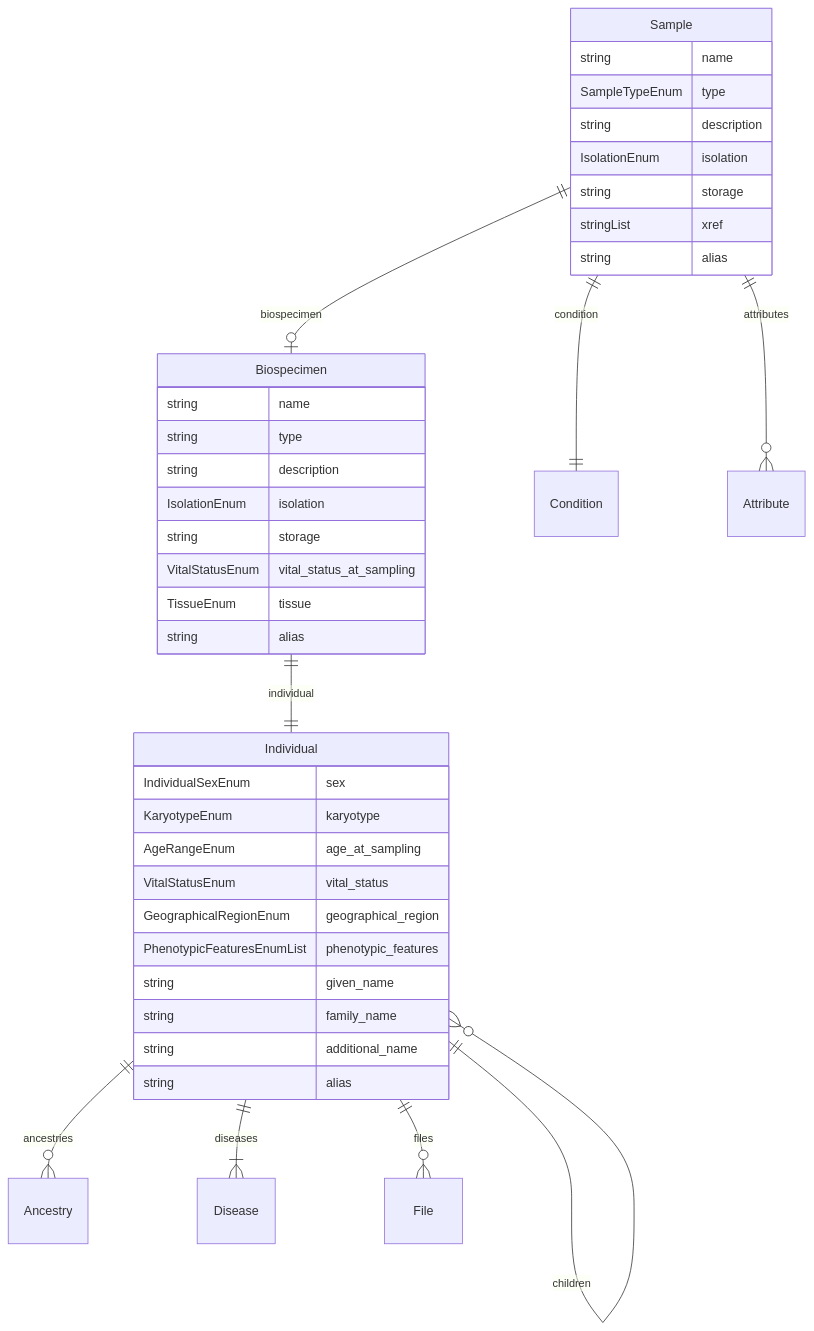
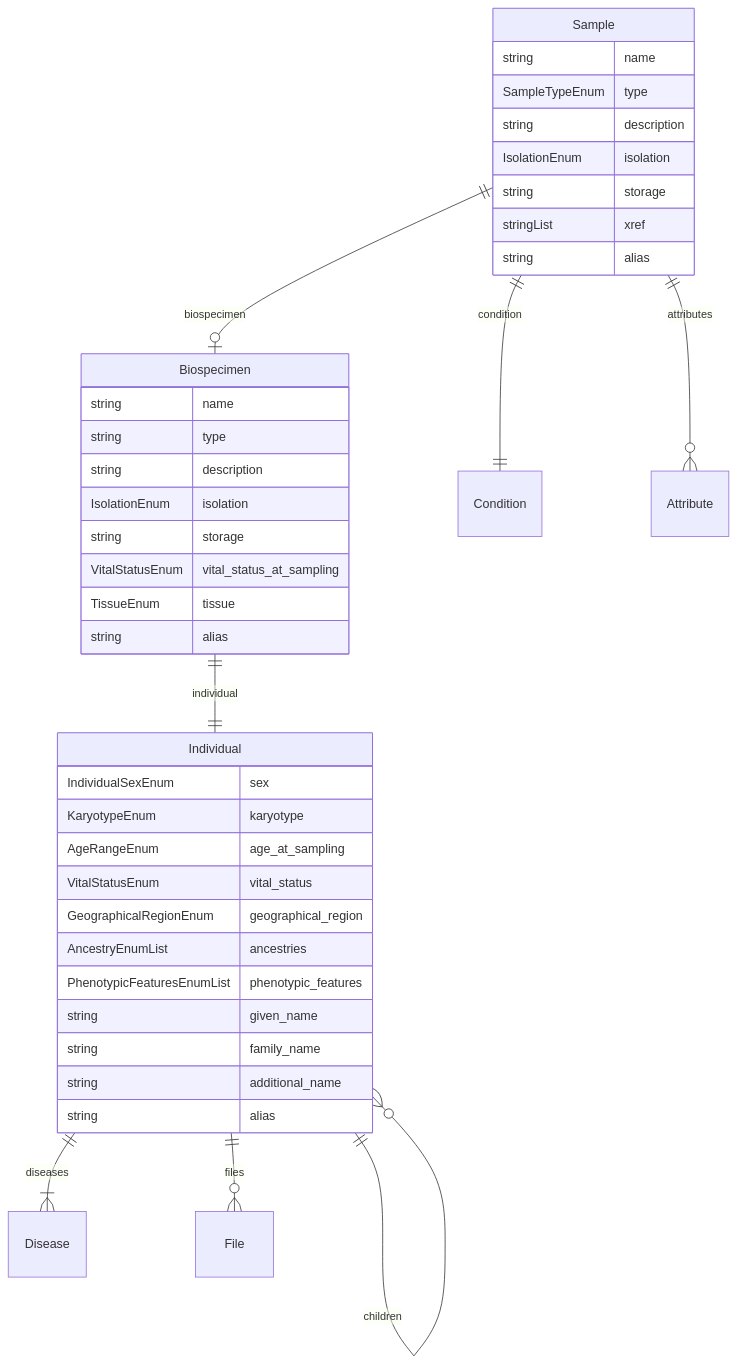
The fifth of 7 diagrams in docs/entity_relations.md (ghga-de/ghga-metadata-schema), drawn with Mermaid before and after one commit. The commit also changed other lines of this file and 17 other files, not shown here.

Commit message:
Add AncestryEnum

````diff
--- a/docs/entity_relations.md
+++ b/docs/entity_relations.md
@@ -260,45 +255,45 @@
 ```mermaid
 erDiagram
 Individual {
     IndividualSexEnum sex  
     KaryotypeEnum karyotype  
     AgeRangeEnum age_at_sampling  
     VitalStatusEnum vital_status  
     GeographicalRegionEnum geographical_region  
+    AncestryEnumList ancestries  
     PhenotypicFeaturesEnumList phenotypic_features  
     string given_name  
     string family_name  
     string additional_name  
     string alias  
 }
 Biospecimen {
     string name  
     string type  
     string description  
     IsolationEnum isolation  
     string storage  
     VitalStatusEnum vital_status_at_sampling  
     TissueEnum tissue  
     string alias  
 }
 Sample {
     string name  
     SampleTypeEnum type  
     string description  
     IsolationEnum isolation  
     string storage  
     stringList xref  
     string alias  
 }
 
-Individual ||--}o Ancestry : "ancestries"
 Individual ||--}o Individual : "parents"
 Individual ||--}o Individual : "children"
 Individual ||--}| Disease : "diseases"
 Individual ||--}o File : "files"
 Biospecimen ||--|| Individual : "individual"
 Sample ||--|o Biospecimen : "biospecimen"
 Sample ||--|| Condition : "condition"
 Sample ||--}o Attribute : "attributes"
 
 ```
````
